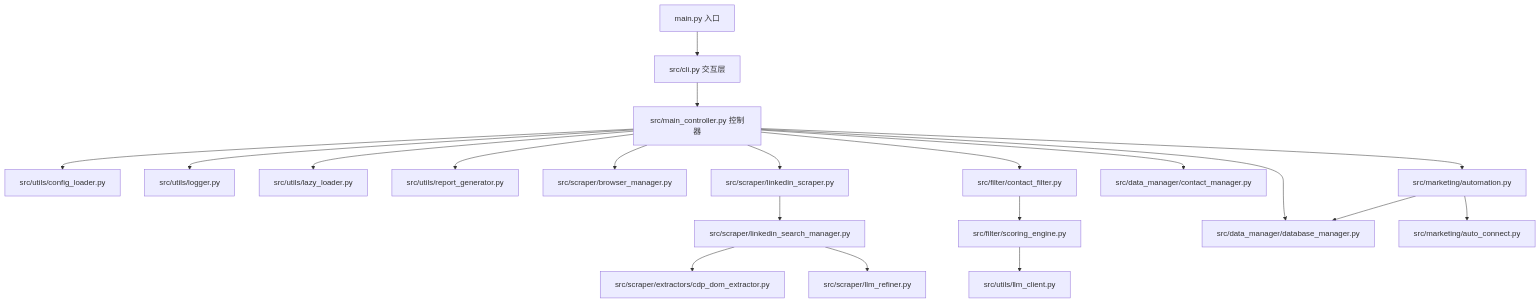
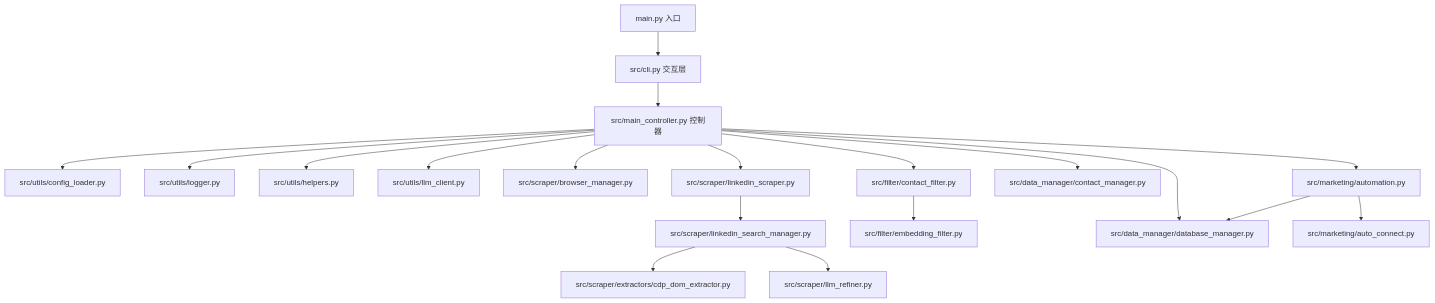
Before and after one commit to Geighlord007/ConNectar-Linkedin-Marketing: the first of 4 diagrams in 项目架构与数据流图.md, drawn with Mermaid. The commit also changed other lines of this file and 15 other files, not shown here.

````diff
--- a/项目架构与数据流图.md
+++ b/项目架构与数据流图.md
@@ -5,27 +5,26 @@
 ```mermaid
 flowchart TD
     A[main.py 入口] --> B[src/cli.py 交互层]
     B --> C[src/main_controller.py 控制器]
 
     C --> U1[src/utils/config_loader.py]
     C --> U2[src/utils/logger.py]
-    C --> U3[src/utils/lazy_loader.py]
-    C --> U4[src/utils/report_generator.py]
+    C --> U3[src/utils/helpers.py]
+    C --> U4[src/utils/llm_client.py]
 
     C --> S1[src/scraper/browser_manager.py]
     C --> S2[src/scraper/linkedin_scraper.py]
     S2 --> S3[src/scraper/linkedin_search_manager.py]
     S3 --> S4[src/scraper/extractors/cdp_dom_extractor.py]
     S3 --> S5[src/scraper/llm_refiner.py]
 
     C --> F1[src/filter/contact_filter.py]
-    F1 --> F2[src/filter/scoring_engine.py]
-    F2 --> U5[src/utils/llm_client.py]
+    F1 --> F2[src/filter/embedding_filter.py]
 
     C --> D1[src/data_manager/database_manager.py]
     C --> D2[src/data_manager/contact_manager.py]
 
     C --> M1[src/marketing/automation.py]
     M1 --> M2[src/marketing/auto_connect.py]
     M1 --> D1
 ```
````
